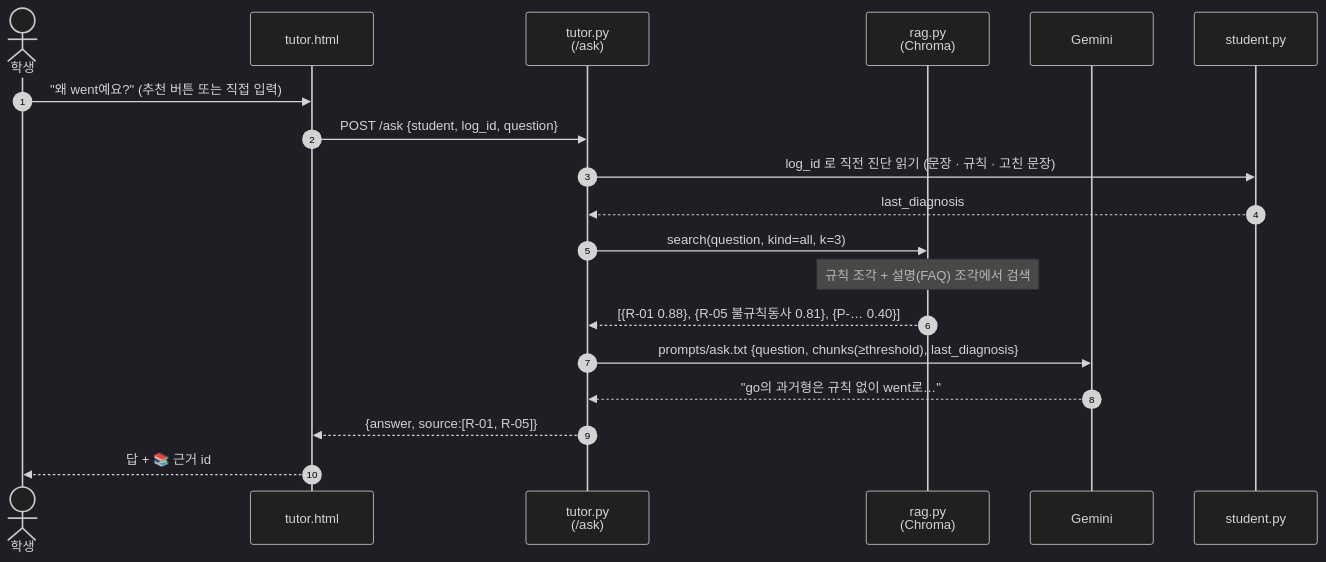
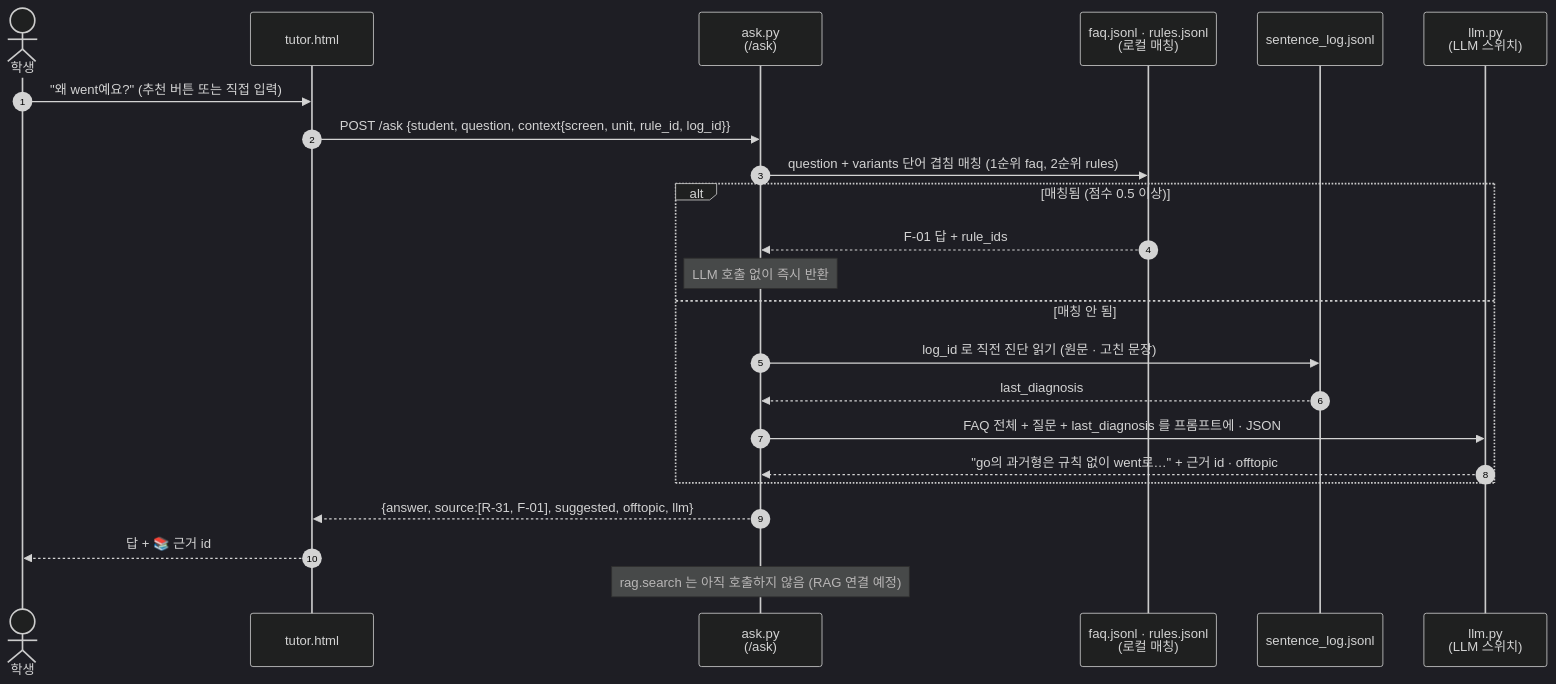
Before and after one commit to izzy215/elem-english-rag: the third of 6 diagrams in docs/plan-B/diagrams.md, drawn with Mermaid (dark theme). The commit also changed other lines of this file and 8 other files, not shown here.

````diff
--- a/docs/plan-B/diagrams.md
+++ b/docs/plan-B/diagrams.md
@@ -132,22 +132,26 @@
 ```mermaid
 sequenceDiagram
   autonumber
   actor S as 학생
   participant UI as tutor.html
-  participant TU as tutor.py<br/>(/ask)
-  participant RG as rag.py<br/>(Chroma)
-  participant GM as Gemini
-  participant ST as student.py
+  participant AK as ask.py<br/>(/ask)
+  participant FQ as faq.jsonl · rules.jsonl<br/>(로컬 매칭)
+  participant LG as sentence_log.jsonl
+  participant LM as llm.py<br/>(LLM 스위치)
 
   S->>UI: "왜 went예요?" (추천 버튼 또는 직접 입력)
-  UI->>TU: POST /ask {student, log_id, question}
-  TU->>ST: log_id 로 직전 진단 읽기 (문장 · 규칙 · 고친 문장)
-  ST-->>TU: last_diagnosis
-  TU->>RG: search(question, kind=all, k=3)
-  Note over RG: 규칙 조각 + 설명(FAQ) 조각에서 검색
-  RG-->>TU: [{R-01 0.88}, {R-05 불규칙동사 0.81}, {P-… 0.40}]
-  TU->>GM: prompts/ask.txt {question, chunks(≥threshold), last_diagnosis}
-  GM-->>TU: "go의 과거형은 규칙 없이 went로…"
-  TU-->>UI: {answer, source:[R-01, R-05]}
+  UI->>AK: POST /ask {student, question, context{screen, unit, rule_id, log_id}}
+  AK->>FQ: question + variants 단어 겹침 매칭 (1순위 faq, 2순위 rules)
+  alt 매칭됨 (점수 0.5 이상)
+    FQ-->>AK: F-01 답 + rule_ids
+    Note over AK: LLM 호출 없이 즉시 반환
+  else 매칭 안 됨
+    AK->>LG: log_id 로 직전 진단 읽기 (원문 · 고친 문장)
+    LG-->>AK: last_diagnosis
+    AK->>LM: FAQ 전체 + 질문 + last_diagnosis 를 프롬프트에 · JSON
+    LM-->>AK: "go의 과거형은 규칙 없이 went로…" + 근거 id · offtopic
+  end
+  AK-->>UI: {answer, source:[R-31, F-01], suggested, offtopic, llm}
   UI-->>S: 답 + 📚 근거 id
+  Note over AK: rag.search 는 아직 호출하지 않음 (RAG 연결 예정)
 ```
````
